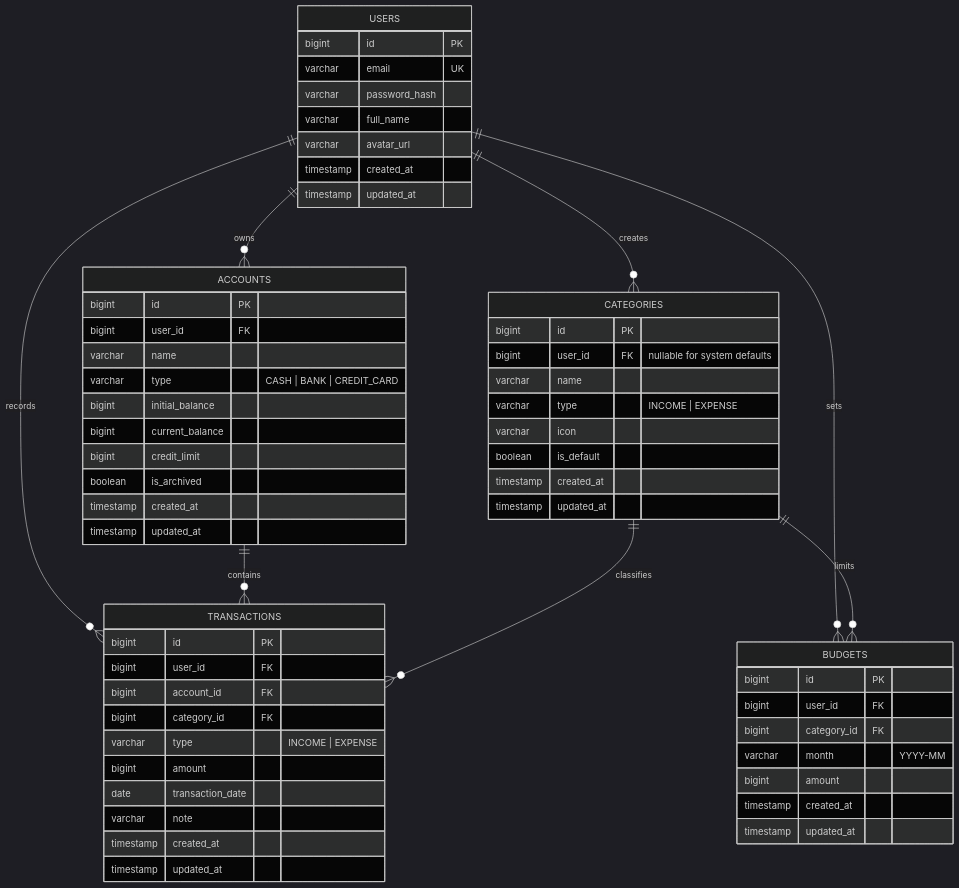
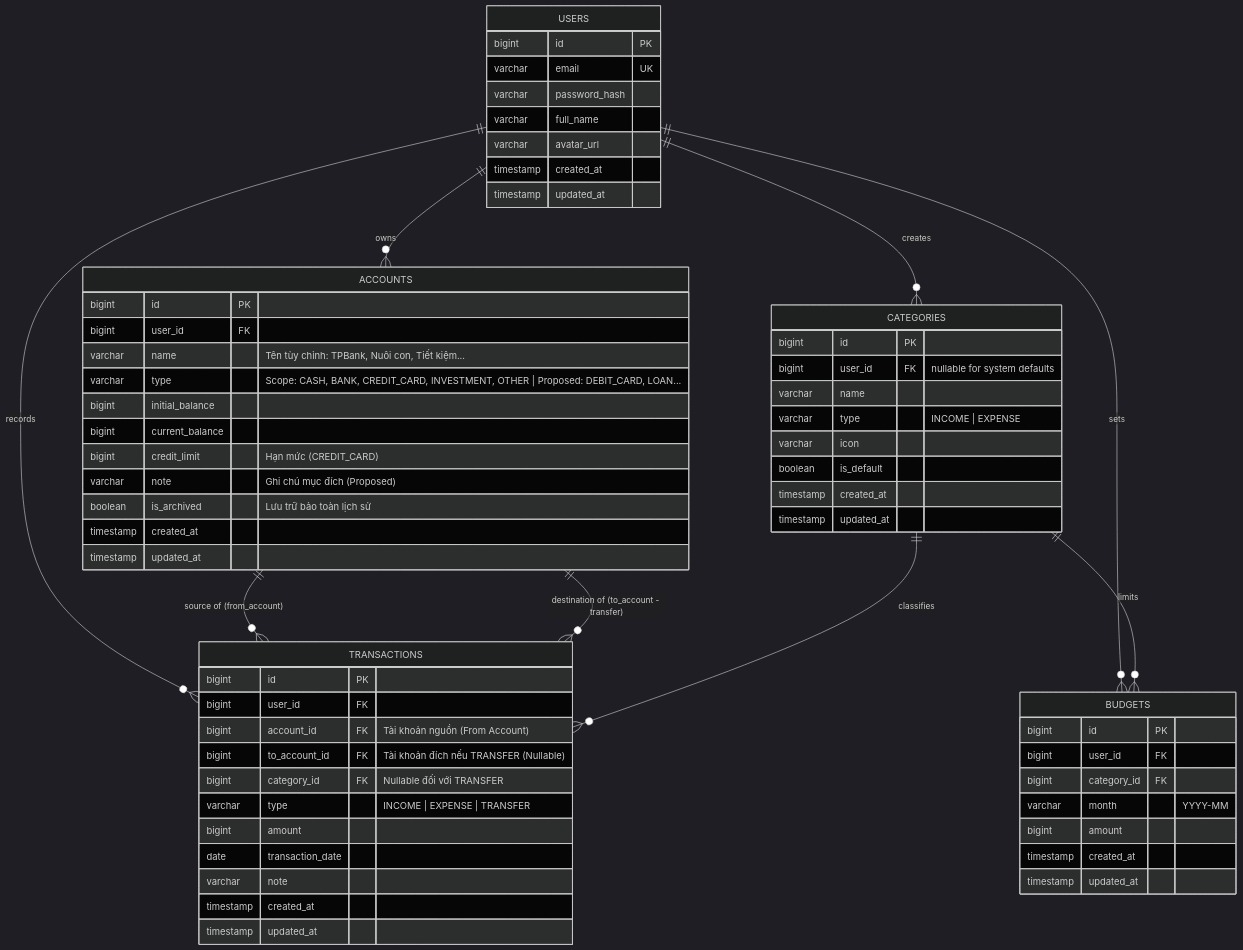
The second of 3 diagrams in plans/ARCHITECTURE.md (aimeeceline/FinMan), drawn with Mermaid (dark theme) before and after one commit. The commit also changed other lines of this file and 56 other files, not shown here.

````diff
--- a/plans/ARCHITECTURE.md
+++ b/plans/ARCHITECTURE.md
@@ -64,67 +64,70 @@
 ```mermaid
 erDiagram
     USERS ||--o{ ACCOUNTS : "owns"
     USERS ||--o{ CATEGORIES : "creates"
     USERS ||--o{ TRANSACTIONS : "records"
     USERS ||--o{ BUDGETS : "sets"
-    ACCOUNTS ||--o{ TRANSACTIONS : "contains"
+    ACCOUNTS ||--o{ TRANSACTIONS : "source of (from_account)"
+    ACCOUNTS ||--o{ TRANSACTIONS : "destination of (to_account - transfer)"
     CATEGORIES ||--o{ TRANSACTIONS : "classifies"
     CATEGORIES ||--o{ BUDGETS : "limits"
 
     USERS {
         bigint id PK
         varchar email UK
         varchar password_hash
         varchar full_name
         varchar avatar_url
         timestamp created_at
         timestamp updated_at
     }
 
     ACCOUNTS {
         bigint id PK
         bigint user_id FK
-        varchar name
-        varchar type "CASH | BANK | CREDIT_CARD"
+        varchar name "Tên tùy chỉnh: TPBank, Nuôi con, Tiết kiệm..."
+        varchar type "Scope: CASH, BANK, CREDIT_CARD, INVESTMENT, OTHER | Proposed: DEBIT_CARD, LOAN..."
         bigint initial_balance
         bigint current_balance
-        bigint credit_limit
-        boolean is_archived
+        bigint credit_limit "Hạn mức (CREDIT_CARD)"
+        varchar note "Ghi chú mục đích (Proposed)"
+        boolean is_archived "Lưu trữ bảo toàn lịch sử"
         timestamp created_at
         timestamp updated_at
     }
 
     CATEGORIES {
         bigint id PK
         bigint user_id FK "nullable for system defaults"
         varchar name
         varchar type "INCOME | EXPENSE"
         varchar icon
         boolean is_default
         timestamp created_at
         timestamp updated_at
     }
 
     TRANSACTIONS {
         bigint id PK
         bigint user_id FK
-        bigint account_id FK
-        bigint category_id FK
-        varchar type "INCOME | EXPENSE"
+        bigint account_id FK "Tài khoản nguồn (From Account)"
+        bigint to_account_id FK "Tài khoản đích nếu TRANSFER (Nullable)"
+        bigint category_id FK "Nullable đối với TRANSFER"
+        varchar type "INCOME | EXPENSE | TRANSFER"
         bigint amount
         date transaction_date
         varchar note
         timestamp created_at
         timestamp updated_at
     }
 
     BUDGETS {
         bigint id PK
         bigint user_id FK
         bigint category_id FK
         varchar month "YYYY-MM"
         bigint amount
         timestamp created_at
         timestamp updated_at
     }
 ```
````
